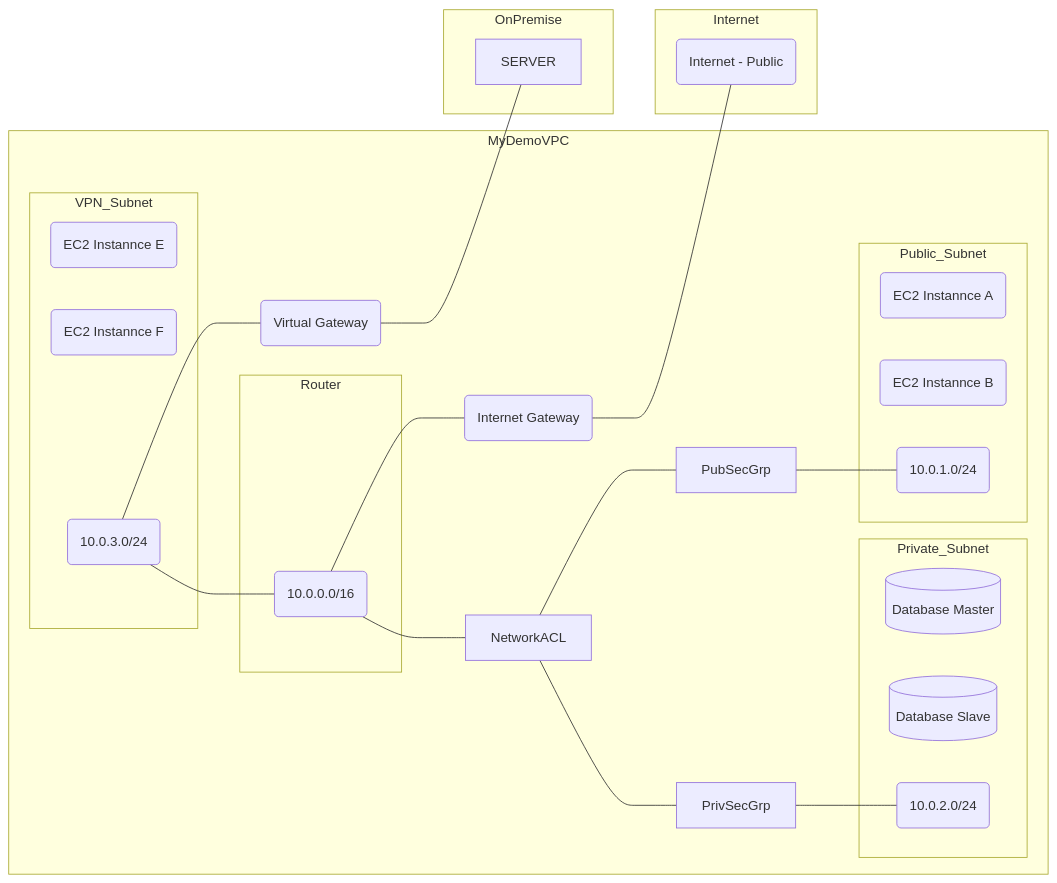
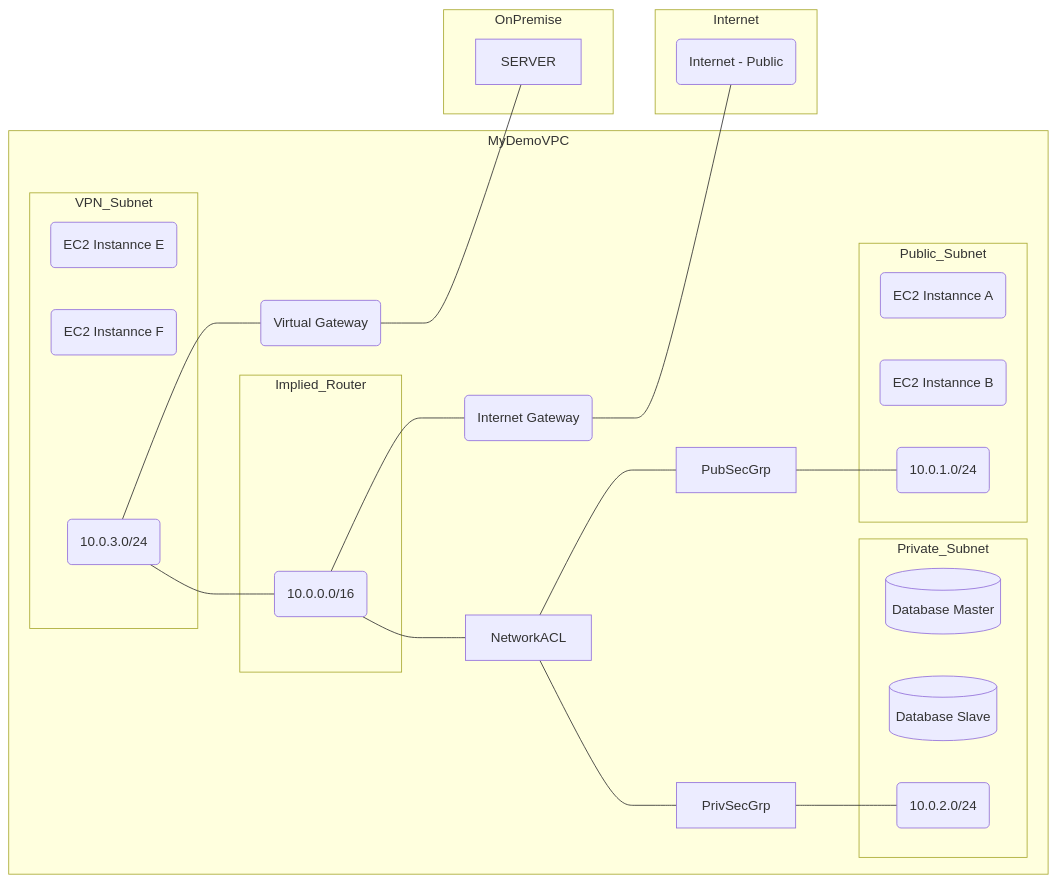
The diagram in content/cloud/aws-note-03-vpc-4.md (harryho/blog-hugo), drawn with Mermaid before and after one commit. The commit also changed other lines of this file, not shown here.

Commit message:
commit blog content Sun  8 Mar 2020 22:21:40 AEDT

```diff
--- a/content/cloud/aws-note-03-vpc-4.md
+++ b/content/cloud/aws-note-03-vpc-4.md
@@ -19,51 +19,55 @@
 {{<mermaid>}}
 graph LR
     InternetGW(Internet Gateway)
     VirtualGW(Virtual Gateway)
     INTER(Internet - Public)
     InternetGW --- INTER
     VirtualGW --- SERVER
     subgraph MyDemoVPC
-        MainRouteTable --- InternetGW
-        MainRouteTable --- NetworkACL
-        NetworkACL --- PubSecGrp
-        NetworkACL --- PrivSecGrp
         EC2_A(EC2 Instannce A) 
         EC2_B(EC2 Instannce B) 
         EC2_E(EC2 Instannce E) 
         EC2_F(EC2 Instannce F)
         EC2_C[(Database Master)]
         EC2_D[(Database Slave)]
+        MainRouteTable(10.0.0.0/16)
+        PrivSubet(10.0.2.0/24)
+        PubSubnet(10.0.1.0/24)
+        VPNSubnet(10.0.3.0/24)
+        MainRouteTable --- InternetGW
+        MainRouteTable --- NetworkACL
+        NetworkACL --- PubSecGrp
+        NetworkACL --- PrivSecGrp
         PrivSecGrp --- PrivSubet
         VPNSubnet --- VirtualGW
         VPNSubnet --- MainRouteTable
         PubSecGrp --- PubSubnet
-        subgraph Router
+        subgraph Implied_Router
             MainRouteTable(10.0.0.0/16)
         end 
         subgraph Private_Subnet
-             PrivSubet(10.0.2.0/24)
+             PrivSubet
              EC2_C
              EC2_D
         end
         subgraph Public_Subnet
-            PubSubnet(10.0.1.0/24)
+            PubSubnet
             EC2_A
             EC2_B
         end
         subgraph VPN_Subnet
-             VPNSubnet(10.0.3.0/24)
+             VPNSubnet
              EC2_E
              EC2_F
         end
     end
     InternetGW
     subgraph Internet
         INTER
     end
     subgraph OnPremise
         SERVER
     end
 
 
 {{</mermaid>}}
```
